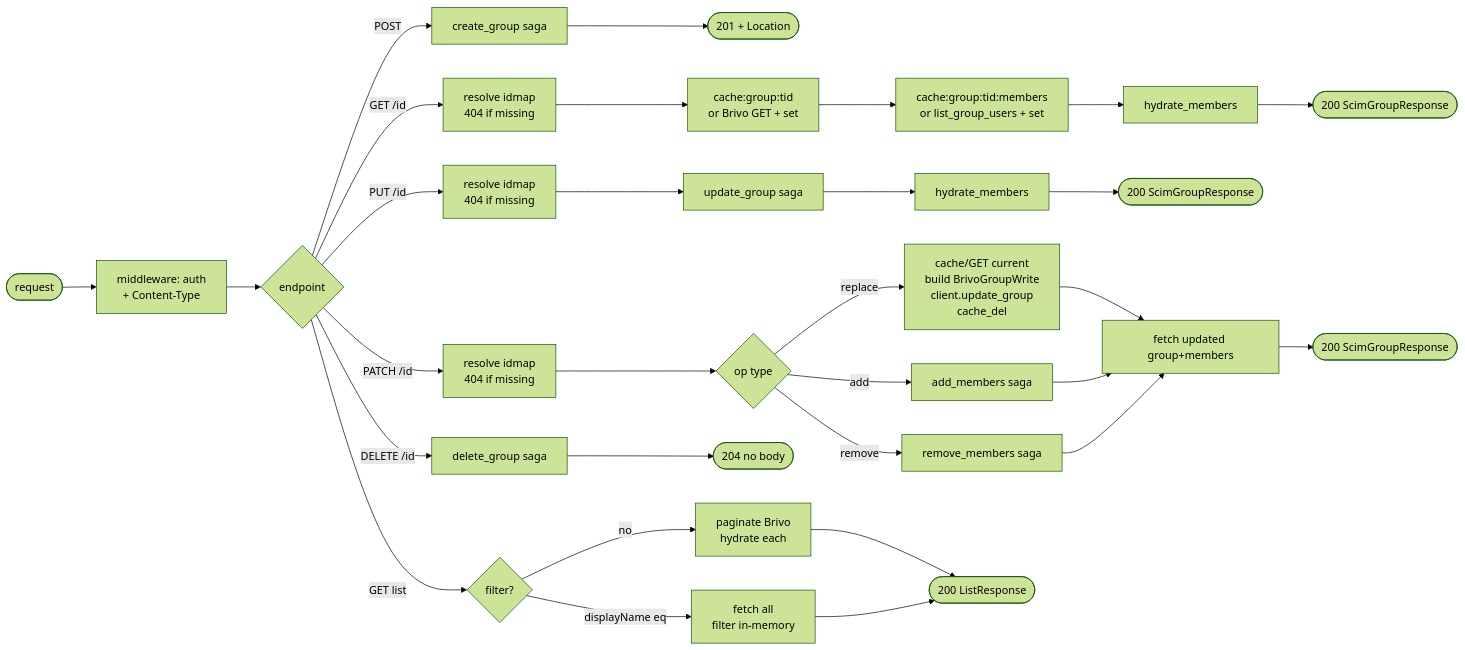
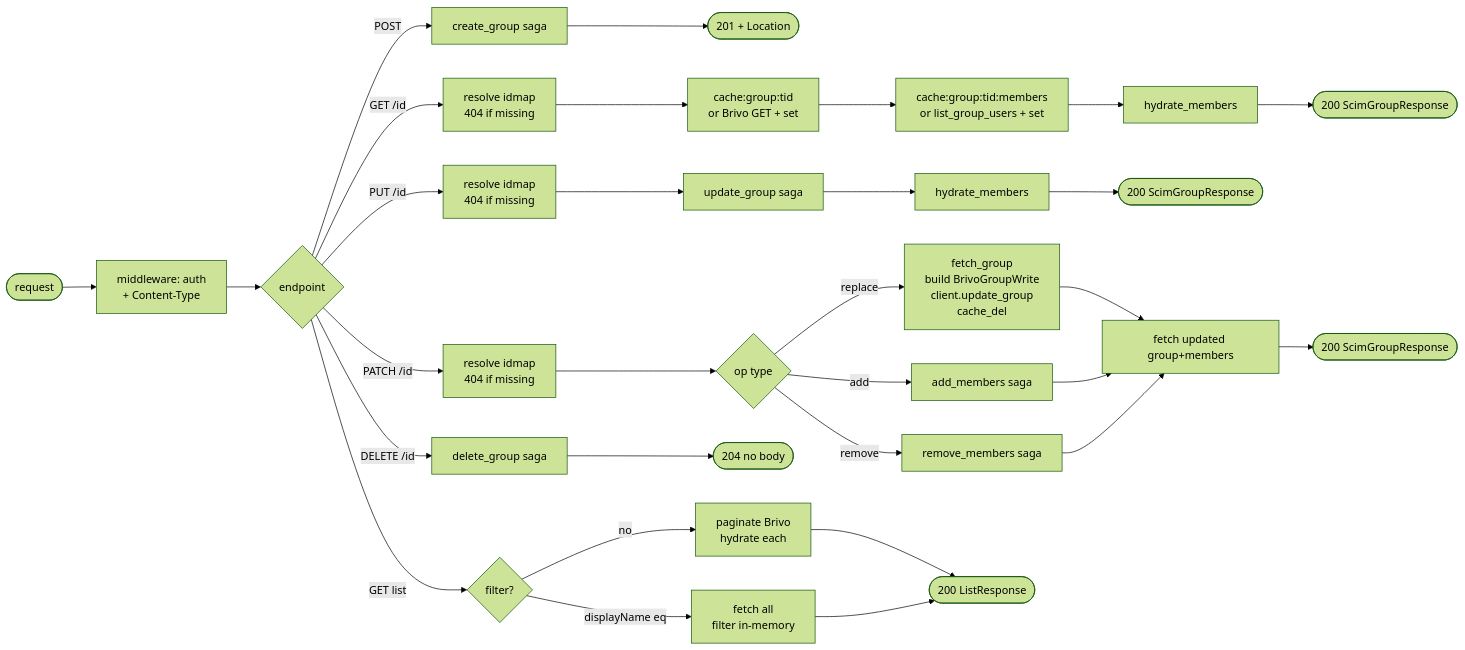
One commit to niconisoria/scim-bridge changed the diagram in docs/specs/20260627173014_groups_router.md. Above: the diagram before and after it, drawn with Mermaid (forest theme). The commit also changed other lines of this file and 5 other files, not shown here.

First line of the commit message:
refactor(routers): extract cache-aside fetch helpers to brivo/fetch.py

````diff
--- a/docs/specs/20260627173014_groups_router.md
+++ b/docs/specs/20260627173014_groups_router.md
@@ -45,35 +45,35 @@
 ```mermaid
 flowchart LR
     REQ([request]) --> AUTH[middleware: auth\n+ Content-Type]
     AUTH --> ROUTE{endpoint}
 
     ROUTE -- POST --> P1[create_group saga]
     P1 --> P2([201 + Location])
 
     ROUTE -- GET /id --> G1[resolve idmap\n404 if missing]
     G1 --> G2[cache:group:tid\nor Brivo GET + set]
     G2 --> G3[cache:group:tid:members\nor list_group_users + set]
     G3 --> G4[hydrate_members]
     G4 --> G5([200 ScimGroupResponse])
 
     ROUTE -- PUT /id --> U1[resolve idmap\n404 if missing]
     U1 --> U2[update_group saga]
     U2 --> U3[hydrate_members]
     U3 --> U4([200 ScimGroupResponse])
 
     ROUTE -- PATCH /id --> PA1[resolve idmap\n404 if missing]
     PA1 --> PA2{op type}
-    PA2 -- replace --> PA3[cache/GET current\nbuild BrivoGroupWrite\nclient.update_group\ncache_del]
+    PA2 -- replace --> PA3[fetch_group\nbuild BrivoGroupWrite\nclient.update_group\ncache_del]
     PA2 -- add --> PA4[add_members saga]
     PA2 -- remove --> PA5[remove_members saga]
     PA3 & PA4 & PA5 --> PA6[fetch updated group+members]
     PA6 --> PA7([200 ScimGroupResponse])
 
     ROUTE -- DELETE /id --> D1[delete_group saga]
     D1 --> D2([204 no body])
 
     ROUTE -- GET list --> L1{filter?}
     L1 -- no --> L2[paginate Brivo\nhydrate each]
     L1 -- displayName eq --> L3[fetch all\nfilter in-memory]
     L2 & L3 --> L4([200 ListResponse])
 ```
````
